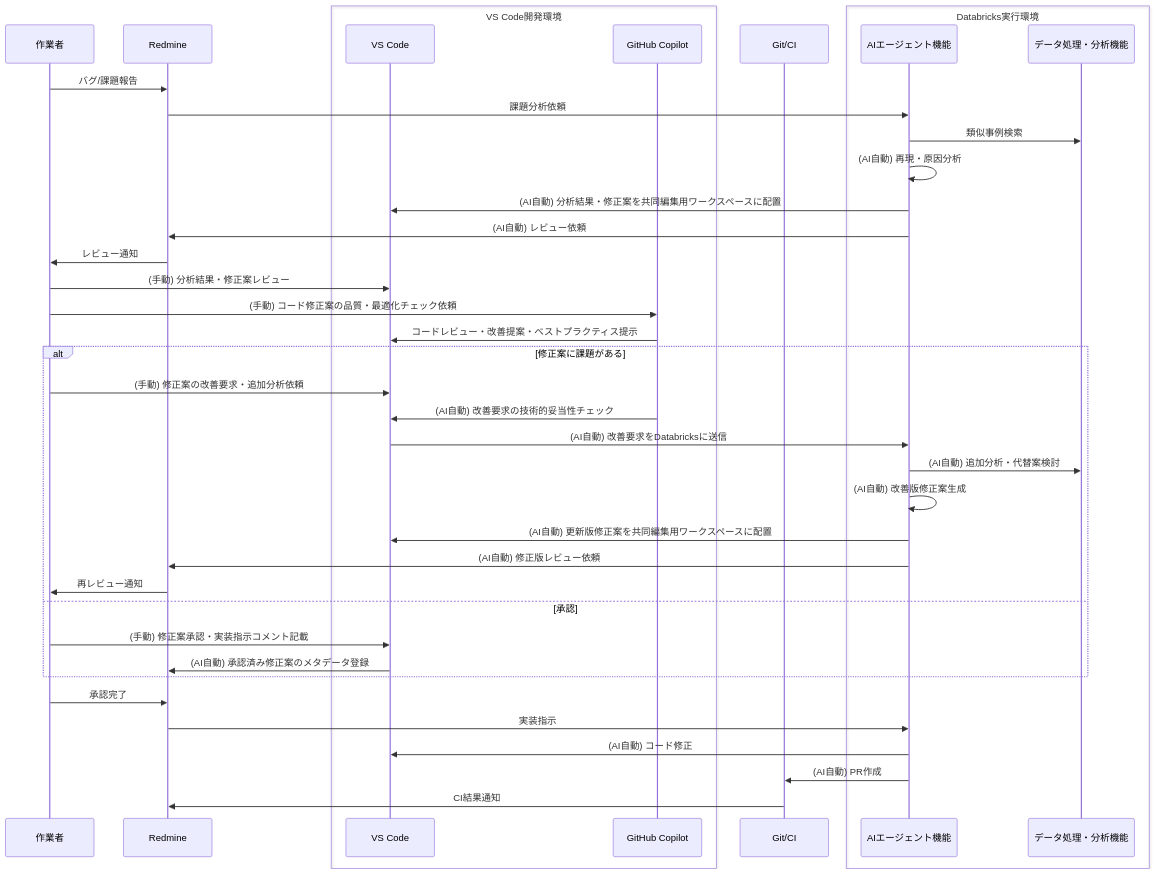
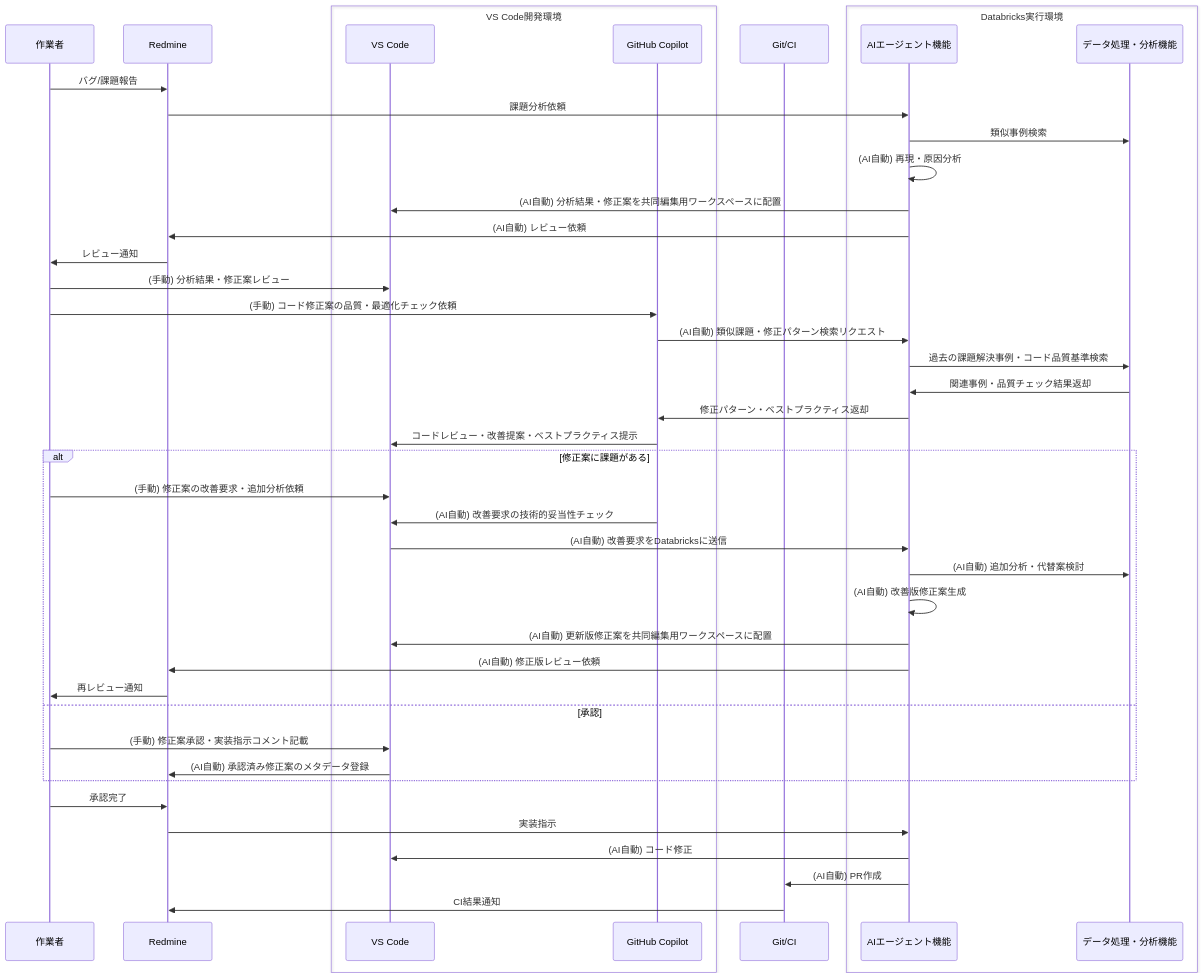
The seventh of 34 diagrams in docs/02000_要件定義/02100_要件定義書.md (daichiTAAA/AgentOpsPlatform), drawn with Mermaid before and after one commit. The commit also changed other lines of this file, not shown here.

````diff
--- a/docs/02000_要件定義/02100_要件定義書.md
+++ b/docs/02000_要件定義/02100_要件定義書.md
@@ -247,46 +259,50 @@
 ```mermaid
 sequenceDiagram
     participant W as 作業者
     participant R as Redmine
     
     box VS Code開発環境
         participant V as VS Code
         participant C as GitHub Copilot
     end
     
     participant G as Git/CI
     
     box Databricks実行環境
         participant A as AIエージェント機能
         participant D as データ処理・分析機能
     end
     
     W->>R: バグ/課題報告
     R->>A: 課題分析依頼
     A->>D: 類似事例検索
     A->>A: (AI自動) 再現・原因分析
     A->>V: (AI自動) 分析結果・修正案を共同編集用ワークスペースに配置
     A->>R: (AI自動) レビュー依頼
     R->>W: レビュー通知
     W->>V: (手動) 分析結果・修正案レビュー
     W->>C: (手動) コード修正案の品質・最適化チェック依頼
+    C->>A: (AI自動) 類似課題・修正パターン検索リクエスト
+    A->>D: 過去の課題解決事例・コード品質基準検索
+    D->>A: 関連事例・品質チェック結果返却
+    A->>C: 修正パターン・ベストプラクティス返却
     C->>V: コードレビュー・改善提案・ベストプラクティス提示
     alt 修正案に課題がある
         W->>V: (手動) 修正案の改善要求・追加分析依頼
         C->>V: (AI自動) 改善要求の技術的妥当性チェック
         V->>A: (AI自動) 改善要求をDatabricksに送信
         A->>D: (AI自動) 追加分析・代替案検討
         A->>A: (AI自動) 改善版修正案生成
         A->>V: (AI自動) 更新版修正案を共同編集用ワークスペースに配置
         A->>R: (AI自動) 修正版レビュー依頼
         R->>W: 再レビュー通知
     else 承認
         W->>V: (手動) 修正案承認・実装指示コメント記載
         V->>R: (AI自動) 承認済み修正案のメタデータ登録
     end
     W->>R: 承認完了
     R->>A: 実装指示
     A->>V: (AI自動) コード修正
     A->>G: (AI自動) PR作成
     G->>R: CI結果通知
 ```
````
